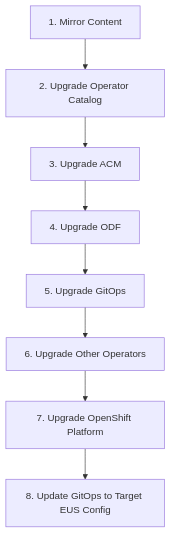
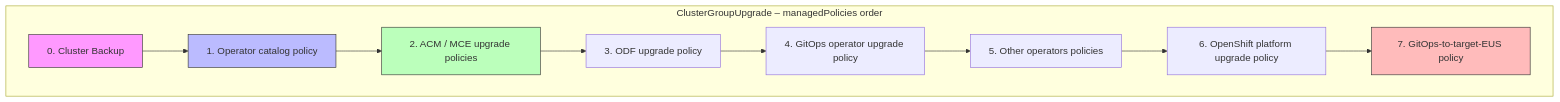
The second of 2 diagrams in doc/MOP-EUS-Upgrade.md (midu16/l1-cp), drawn with Mermaid before and after one commit. The commit also changed other lines of this file and 10 other files, not shown here.

````diff
--- a/doc/MOP-EUS-Upgrade.md
+++ b/doc/MOP-EUS-Upgrade.md
@@ -711,10 +756,26 @@
 ```mermaid
 graph TD
-    A[1. Mirror Content] --> B[2. Upgrade Operator Catalog]
-    B --> C[3. Upgrade ACM]
-    C --> D[4. Upgrade ODF]
-    D --> E[5. Upgrade GitOps]
-    E --> F[6. Upgrade Other Operators]
-    F --> G[7. Upgrade OpenShift Platform]
-    G --> H[8. Update GitOps to Target EUS Config]
+    subgraph CGU["ClusterGroupUpgrade – managedPolicies order"]
+        P0[0. Cluster Backup]
+        P1[1. Operator catalog policy]
+        P2[2. ACM / MCE upgrade policies]
+        P3[3. ODF upgrade policy]
+        P4[4. GitOps operator upgrade policy]
+        P5[5. Other operators policies]
+        P6[6. OpenShift platform upgrade policy]
+        P7[7. GitOps-to-target-EUS policy]
+    end
+
+    P0 --> P1
+    P1 --> P2
+    P2 --> P3
+    P3 --> P4
+    P4 --> P5
+    P5 --> P6
+    P6 --> P7
+
+    style P0 fill:#f9f,stroke:#333
+    style P1 fill:#bbf,stroke:#333
+    style P2 fill:#bfb,stroke:#333
+    style P7 fill:#fbb,stroke:#333
 ```
````
